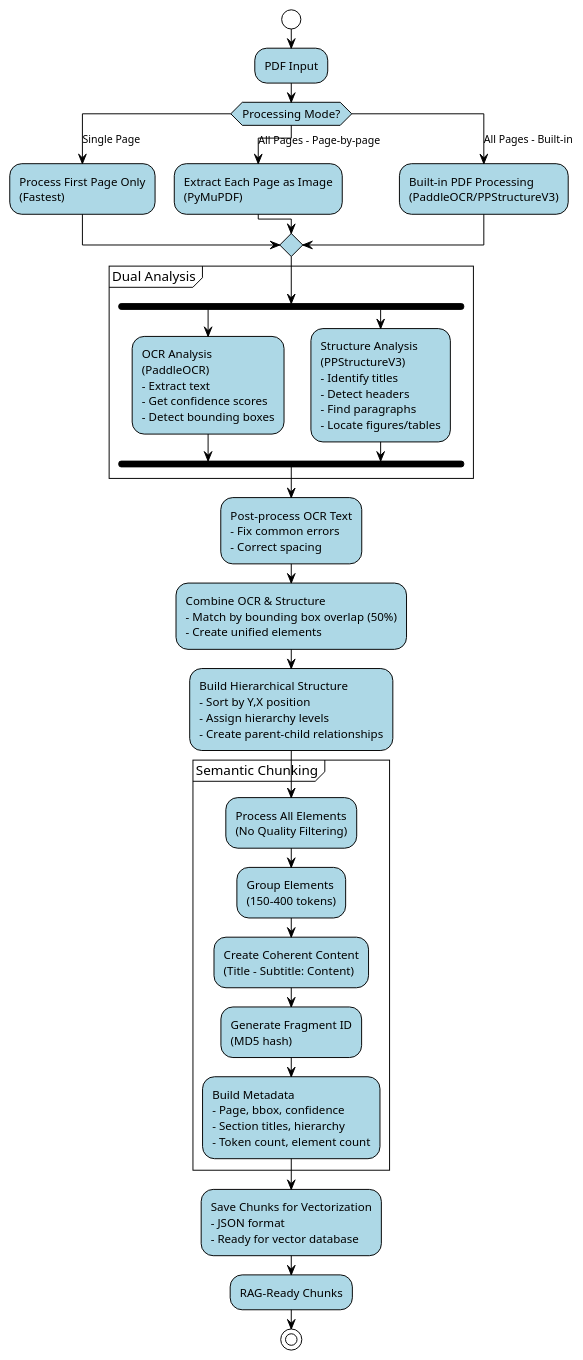
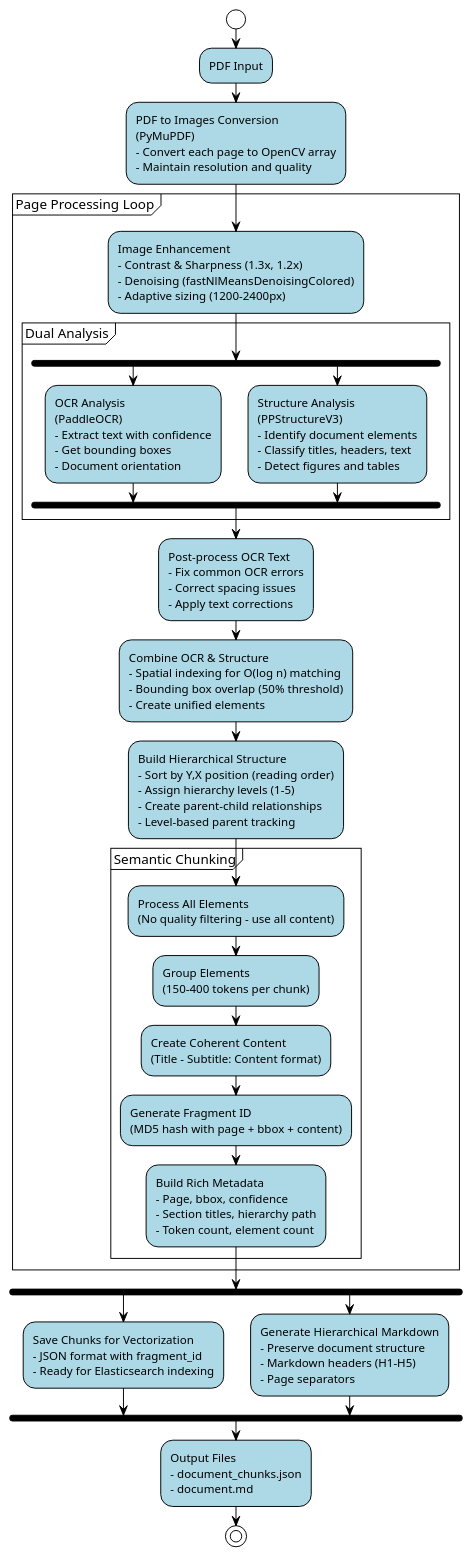
The diagram in diagrams/activity_diagram.puml (devulogi/customocr), drawn with PlantUML before and after one commit. The commit also changed 3 other files, not shown here.

Commit message:
refactor: update activity and sequence diagrams for enhanced multi-page processing flow

```diff
--- a/diagrams/activity_diagram.puml
+++ b/diagrams/activity_diagram.puml
@@ -1,54 +1,55 @@
 @startuml Enhanced Document Processor Activity Diagram
 !theme plain
 skinparam activity {
     BackgroundColor lightblue
     BorderColor black
     FontSize 12
 }
 skinparam decision {
     BackgroundColor lightyellow
     BorderColor black
 }
 
 start
 
 :PDF Input;
 
-switch (Processing Mode?)
-case (Single Page)
-    :Process First Page Only\n(Fastest);
-case (All Pages - Page-by-page)
-    :Extract Each Page as Image\n(PyMuPDF);
-case (All Pages - Built-in)
-    :Built-in PDF Processing\n(PaddleOCR/PPStructureV3);
-endswitch
+:PDF to Images Conversion\n(PyMuPDF)\n- Convert each page to OpenCV array\n- Maintain resolution and quality;
 
-partition "Dual Analysis" {
-    fork
-        :OCR Analysis\n(PaddleOCR)\n- Extract text\n- Get confidence scores\n- Detect bounding boxes;
-    fork again
-        :Structure Analysis\n(PPStructureV3)\n- Identify titles\n- Detect headers\n- Find paragraphs\n- Locate figures/tables;
-    end fork
+partition "Page Processing Loop" {
+    :Image Enhancement\n- Contrast & Sharpness (1.3x, 1.2x)\n- Denoising (fastNlMeansDenoisingColored)\n- Adaptive sizing (1200-2400px);
+    
+    partition "Dual Analysis" {
+        fork
+            :OCR Analysis\n(PaddleOCR)\n- Extract text with confidence\n- Get bounding boxes\n- Document orientation;
+        fork again
+            :Structure Analysis\n(PPStructureV3)\n- Identify document elements\n- Classify titles, headers, text\n- Detect figures and tables;
+        end fork
+    }
+    
+    :Post-process OCR Text\n- Fix common OCR errors\n- Correct spacing issues\n- Apply text corrections;
+    
+    :Combine OCR & Structure\n- Spatial indexing for O(log n) matching\n- Bounding box overlap (50% threshold)\n- Create unified elements;
+    
+    :Build Hierarchical Structure\n- Sort by Y,X position (reading order)\n- Assign hierarchy levels (1-5)\n- Create parent-child relationships\n- Level-based parent tracking;
+    
+    partition "Semantic Chunking" {
+        :Process All Elements\n(No quality filtering - use all content);
+        :Group Elements\n(150-400 tokens per chunk);
+        :Create Coherent Content\n(Title - Subtitle: Content format);
+        :Generate Fragment ID\n(MD5 hash with page + bbox + content);
+        :Build Rich Metadata\n- Page, bbox, confidence\n- Section titles, hierarchy path\n- Token count, element count;
+    }
 }
 
-:Post-process OCR Text\n- Fix common errors\n- Correct spacing;
+fork
+    :Save Chunks for Vectorization\n- JSON format with fragment_id\n- Ready for Elasticsearch indexing;
+fork again
+    :Generate Hierarchical Markdown\n- Preserve document structure\n- Markdown headers (H1-H5)\n- Page separators;
+end fork
 
-:Combine OCR & Structure\n- Match by bounding box overlap (50%)\n- Create unified elements;
-
-:Build Hierarchical Structure\n- Sort by Y,X position\n- Assign hierarchy levels\n- Create parent-child relationships;
-
-partition "Semantic Chunking" {
-    :Process All Elements\n(No Quality Filtering);
-    :Group Elements\n(150-400 tokens);
-    :Create Coherent Content\n(Title - Subtitle: Content);
-    :Generate Fragment ID\n(MD5 hash);
-    :Build Metadata\n- Page, bbox, confidence\n- Section titles, hierarchy\n- Token count, element count;
-}
-
-:Save Chunks for Vectorization\n- JSON format\n- Ready for vector database;
-
-:RAG-Ready Chunks;
+:Output Files\n- document_chunks.json\n- document.md;
 
 stop
 
 @enduml
```
